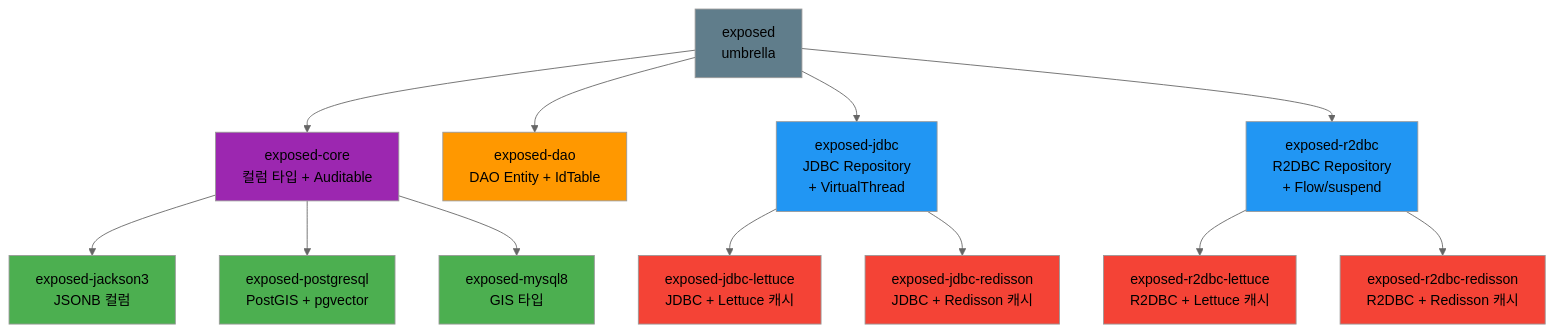
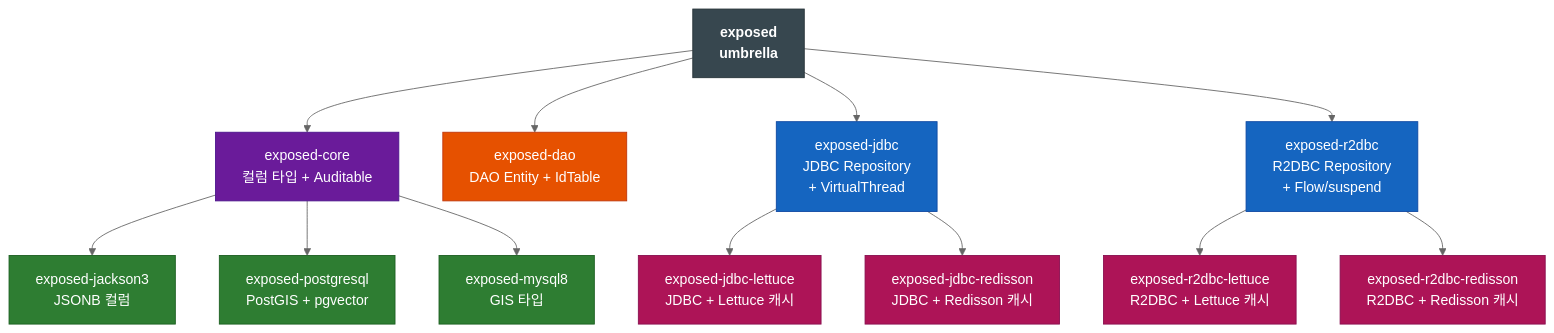
Before and after one commit to bluetape4k/bluetape4k-projects: the first of 2 diagrams in data/exposed/README.ko.md, drawn with Mermaid (neutral theme). The commit also changed other lines of this file and 221 other files, not shown here.

First line of the commit message:
docs: 전체 모듈 README UML 다이어그램 보강 및 색상 업그레이드

````diff
--- a/data/exposed/README.ko.md
+++ b/data/exposed/README.ko.md
@@ -93,28 +93,34 @@
 ```mermaid
 flowchart TD
     E[exposed\numbrella] --> EC[exposed-core\n컬럼 타입 + Auditable]
     E --> ED[exposed-dao\nDAO Entity + IdTable]
     E --> EJ[exposed-jdbc\nJDBC Repository\n+ VirtualThread]
     E --> ER[exposed-r2dbc\nR2DBC Repository\n+ Flow/suspend]
 
     EC --> EJK[exposed-jackson3\nJSONB 컬럼]
     EC --> EP[exposed-postgresql\nPostGIS + pgvector]
     EC --> EM[exposed-mysql8\nGIS 타입]
     EJ --> EJL[exposed-jdbc-lettuce\nJDBC + Lettuce 캐시]
     EJ --> EJR[exposed-jdbc-redisson\nJDBC + Redisson 캐시]
     ER --> ERL[exposed-r2dbc-lettuce\nR2DBC + Lettuce 캐시]
     ER --> ERR[exposed-r2dbc-redisson\nR2DBC + Redisson 캐시]
 
-    style E fill:#607D8B
-    style EC fill:#9C27B0
-    style ED fill:#FF9800
-    style EJ fill:#2196F3
-    style ER fill:#2196F3
-    style EJK fill:#4CAF50
-    style EP fill:#4CAF50
-    style EM fill:#4CAF50
-    style EJL fill:#F44336
-    style EJR fill:#F44336
-    style ERL fill:#F44336
-    style ERR fill:#F44336
+    classDef umbrellaStyle fill:#37474F,stroke:#263238,color:#FFFFFF,font-weight:bold
+    classDef coreStyle fill:#6A1B9A,stroke:#4A148C,color:#FFFFFF
+    classDef daoStyle fill:#E65100,stroke:#BF360C,color:#FFFFFF
+    classDef jdbcStyle fill:#1565C0,stroke:#0D47A1,color:#FFFFFF
+    classDef extStyle fill:#2E7D32,stroke:#1B5E20,color:#FFFFFF
+    classDef cacheStyle fill:#AD1457,stroke:#880E4F,color:#FFFFFF
+    class E umbrellaStyle
+    class EC coreStyle
+    class ED daoStyle
+    class EJ jdbcStyle
+    class ER jdbcStyle
+    class EJK extStyle
+    class EP extStyle
+    class EM extStyle
+    class EJL cacheStyle
+    class EJR cacheStyle
+    class ERL cacheStyle
+    class ERR cacheStyle
 ```
````
